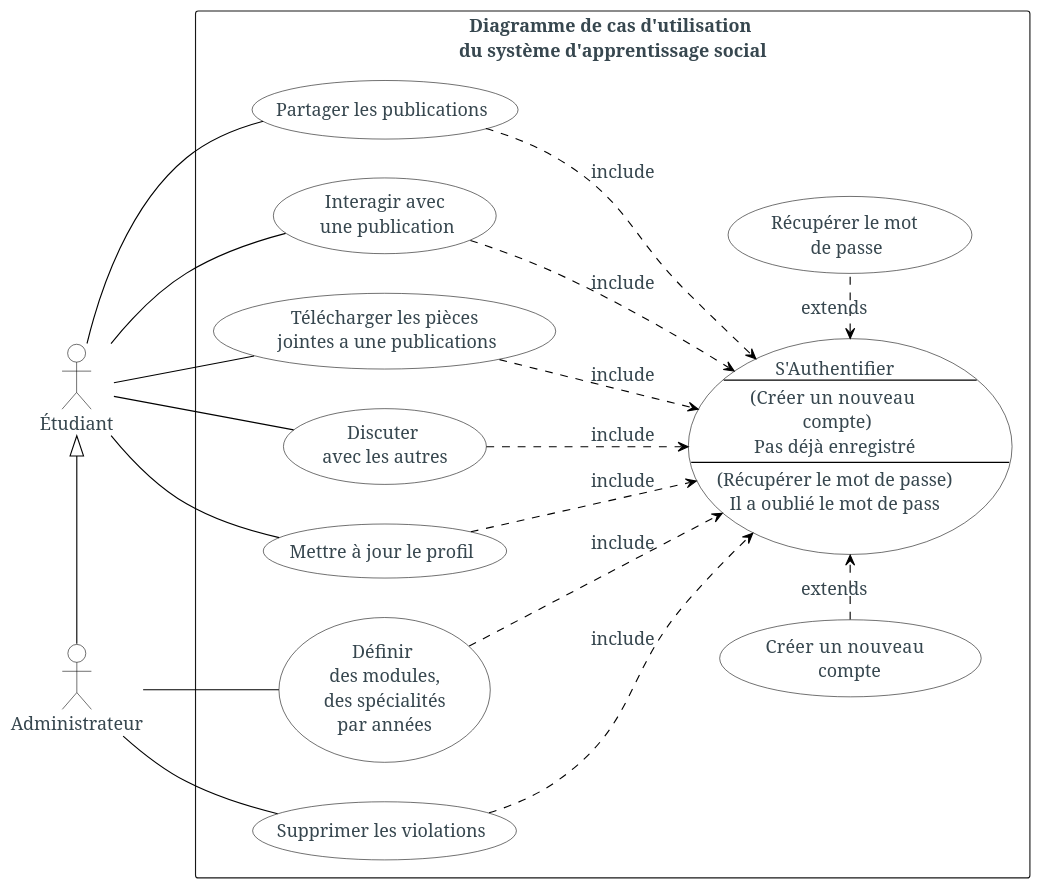
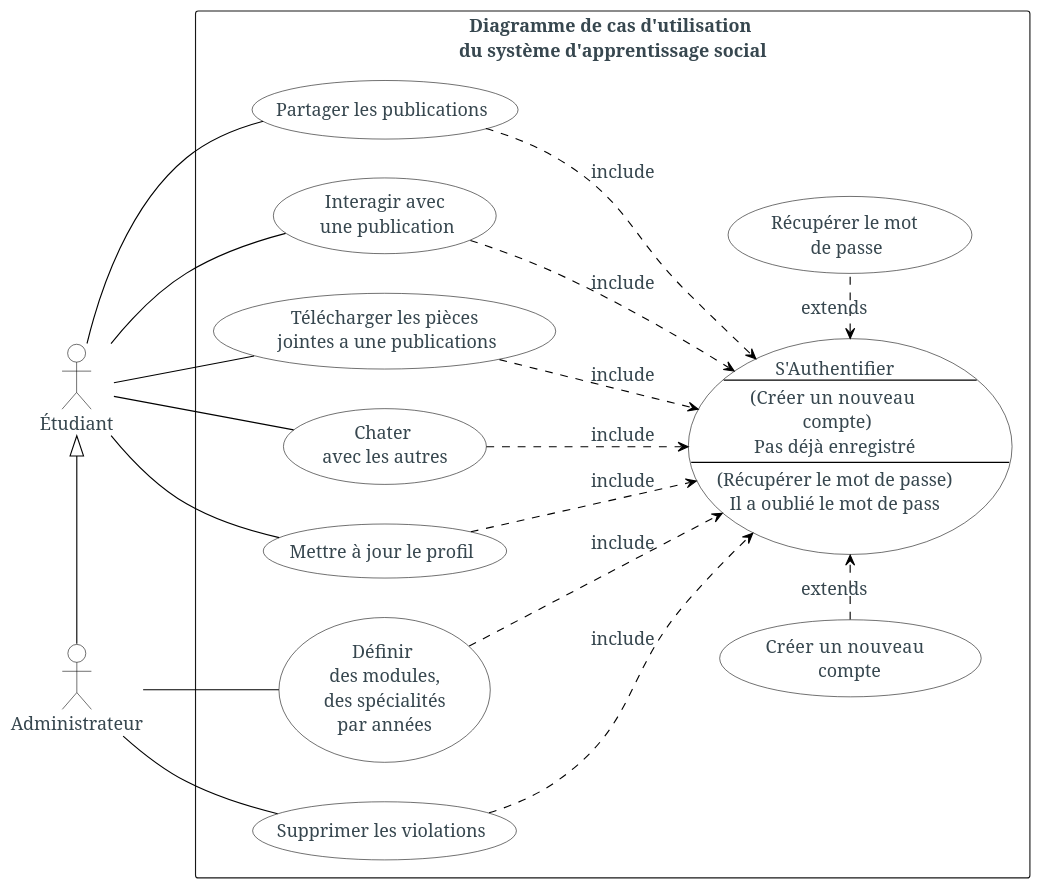
One commit to assimhabeek/memoire changed the diagram in diagrammes/src/usecase.puml. Above: the diagram before and after it, drawn with PlantUML. The commit also changed 10 other files, not shown here.

```diff
--- a/diagrammes/src/usecase.puml
+++ b/diagrammes/src/usecase.puml
@@ -1,62 +1,62 @@
 @startuml
 left to right direction
 skinparam backgroundColor #fff
 skinparam defaultFontColor #37474f
 skinparam defaultFontSize 16
 skinparam defaultFontName serif
 skinparam defaultFontStyle bold
 skinparam usecaseBackgroundColor #fff
 skinparam usecaseBorderColor #000
 skinparam usecaseArrowColor #000
 skinparam usecaseActorBorderColor black
 skinparam actorBackgroundColor #fff
 skinparam actorBorderColor #000
 
 
 
 actor Administrateur as admin
 actor Étudiant as student
 
 rectangle "Diagramme de cas d'utilisation \ndu système d'apprentissage social"{
 
 usecase shareContent as "Partager les publications"
 usecase interact as "Interagir avec\n une publication"
 usecase downloadContent as "Télécharger les pièces\n jointes a une publications"
 
 usecase login as "S'Authentifier
                  --
                  (Créer un  nouveau \n compte)
                  Pas déjà enregistré
                  --
                  (Récupérer le mot de passe)
                  Il a oublié le mot de pass"
 usecase  register as "Créer un  nouveau \n compte"
 usecase  recover  as "Récupérer le mot \nde passe"
-usecase  communicate  as "Discuter \navec les autres"
+usecase  communicate  as "Chater \navec les autres"
 usecase  defineMSY as "Définir \ndes modules,\n des spécialités \npar années"
 usecase  deleteViolations as "Supprimer les violations"
 usecase  editProfil as "Mettre à jour le profil"
 
 student <|- admin
 
 login   <. recover   : extends
 register  .> login  : extends
 
 shareContent ..> login : include
 interact ..> login : include
 communicate ..> login : include
 downloadContent ..> login : include
 defineMSY ..> login : include
 deleteViolations ..> login : include
 editProfil ..> login : include
 
 
 admin -- defineMSY
 admin -- deleteViolations
 student -- shareContent
 student -- interact
 student -- communicate
 student -- downloadContent
 student -- editProfil
 }
 @enduml
```
